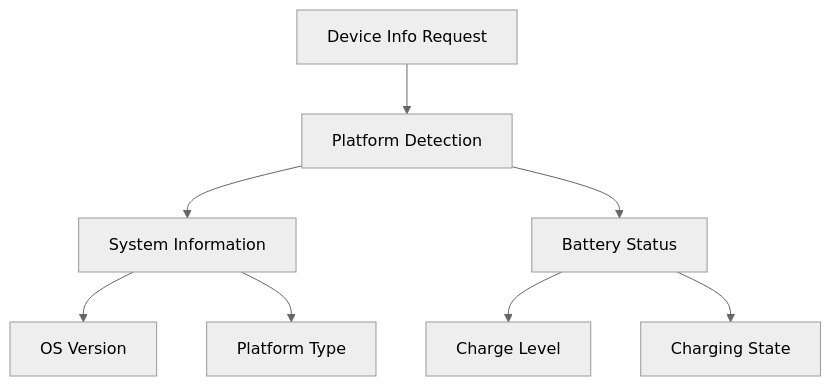
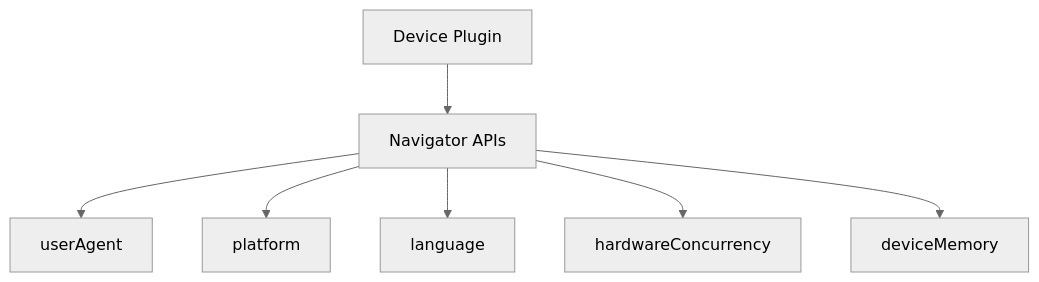
Before and after one commit to DanielCreggOrganization/w9-lab-capacitor-sophieboyle1: the fifth of 5 diagrams in README.md, drawn with Mermaid (neutral theme). The commit also changed other lines of this file, not shown here.

````diff
--- a/README.md
+++ b/README.md
@@ -238,10 +234,9 @@
 ```mermaid
 graph TD
-    A[Device Info Request] --> B[Platform Detection]
-    B --> C[System Information]
-    B --> D[Battery Status]
-    C --> E[OS Version]
-    C --> F[Platform Type]
-    D --> G[Charge Level]
-    D --> H[Charging State]
+    A[Device Plugin] --> B[Navigator APIs]
+    B --> C[userAgent]
+    B --> D[platform]
+    B --> E[language]
+    B --> F[hardwareConcurrency]
+    B --> G[deviceMemory]
 ```
````
